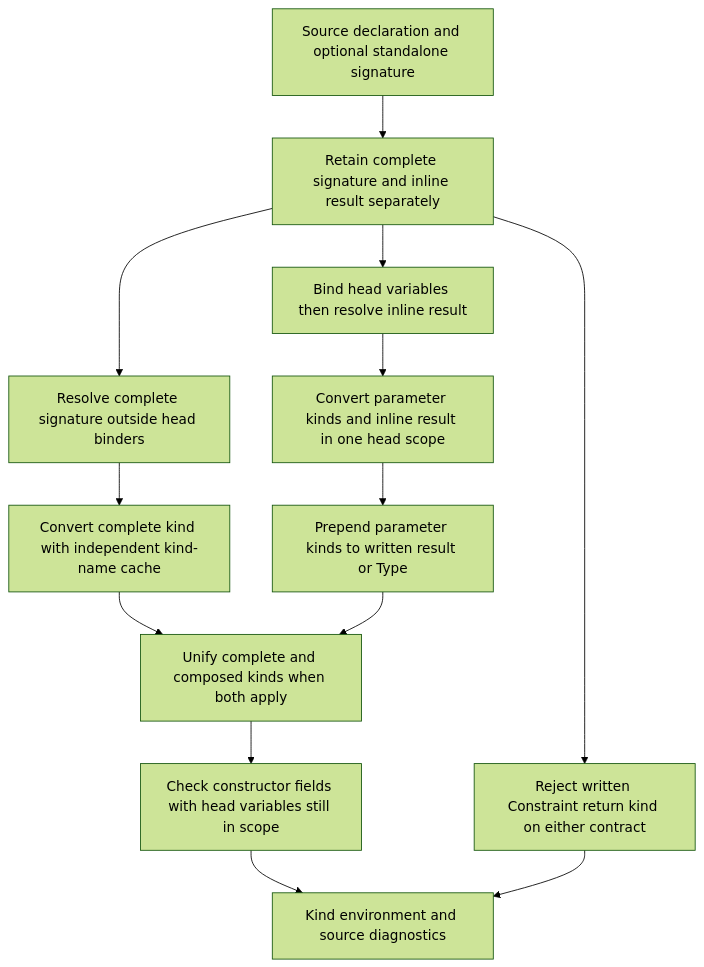
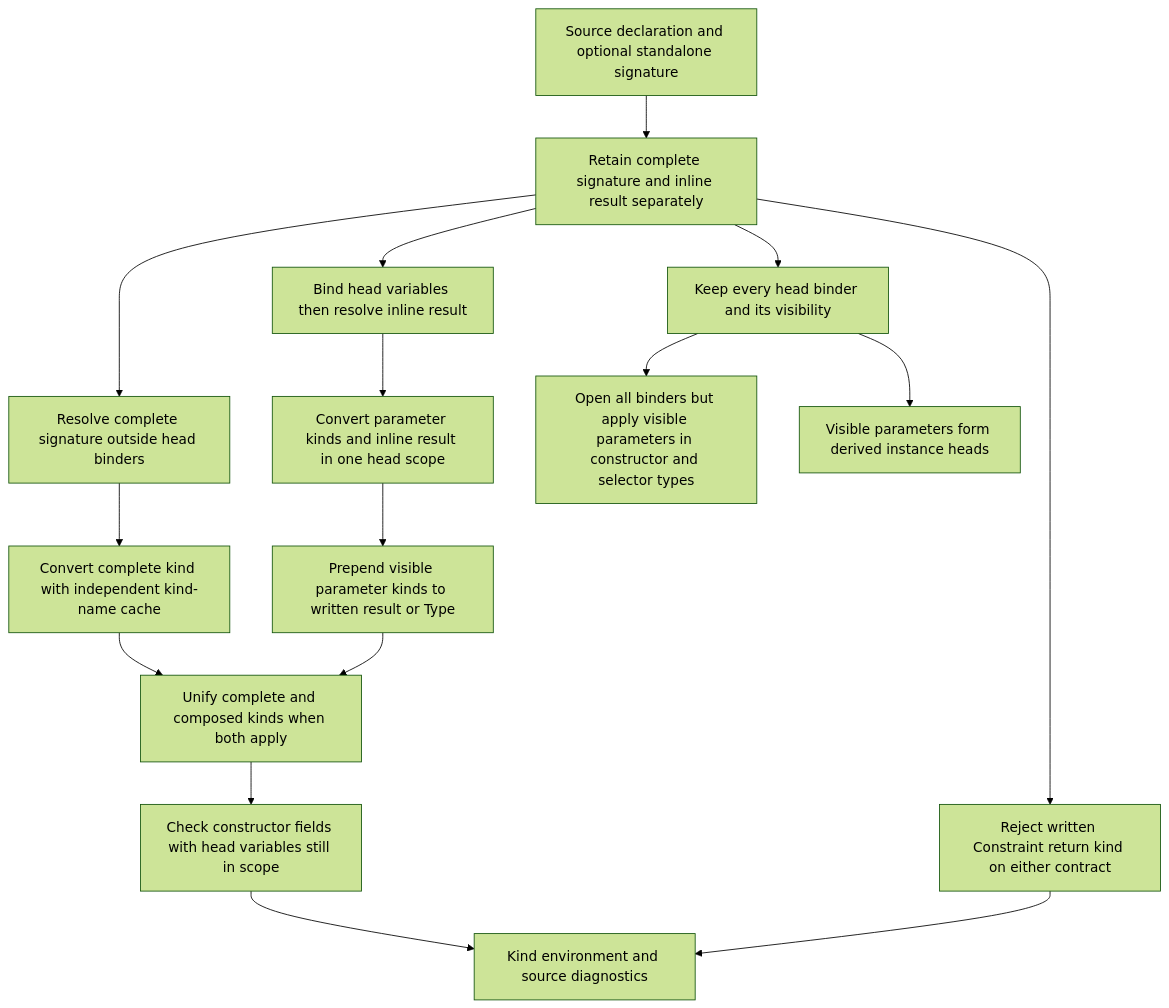
The diagram in spec-chirho/workflows-chirho/language-features-chirho/declaration-kinds-chirho.md (loveJesus/haskelujah-chirho), drawn with Mermaid (forest theme) before and after one commit. The commit also changed other lines of this file and 15 other files, not shown here.

First line of the commit message:
fix(typing): preserve declaration binder visibility in kind reconciliation

````diff
--- a/spec-chirho/workflows-chirho/language-features-chirho/declaration-kinds-chirho.md
+++ b/spec-chirho/workflows-chirho/language-features-chirho/declaration-kinds-chirho.md
@@ -10,15 +10,18 @@
 ```mermaid
 flowchart TD
   SourceChirho[Source declaration and optional standalone signature] --> LowerChirho[Retain complete signature and inline result separately]
   LowerChirho --> CompleteNamesChirho[Resolve complete signature outside head binders]
   LowerChirho --> HeadNamesChirho[Bind head variables then resolve inline result]
   CompleteNamesChirho --> CompleteKindChirho[Convert complete kind with independent kind-name cache]
   HeadNamesChirho --> HeadKindsChirho[Convert parameter kinds and inline result in one head scope]
-  HeadKindsChirho --> ComposeChirho[Prepend parameter kinds to written result or Type]
+  HeadKindsChirho --> ComposeChirho[Prepend visible parameter kinds to written result or Type]
   CompleteKindChirho --> ReconcileChirho[Unify complete and composed kinds when both apply]
   ComposeChirho --> ReconcileChirho
   ReconcileChirho --> FieldsChirho[Check constructor fields with head variables still in scope]
   LowerChirho --> ConstraintChirho[Reject written Constraint return kind on either contract]
   FieldsChirho --> ResultChirho[Kind environment and source diagnostics]
   ConstraintChirho --> ResultChirho
+  LowerChirho --> VisibilityChirho[Keep every head binder and its visibility]
+  VisibilityChirho --> SchemesChirho[Open all binders but apply visible parameters in constructor and selector types]
+  VisibilityChirho --> DerivingChirho[Visible parameters form derived instance heads]
 ```
````
